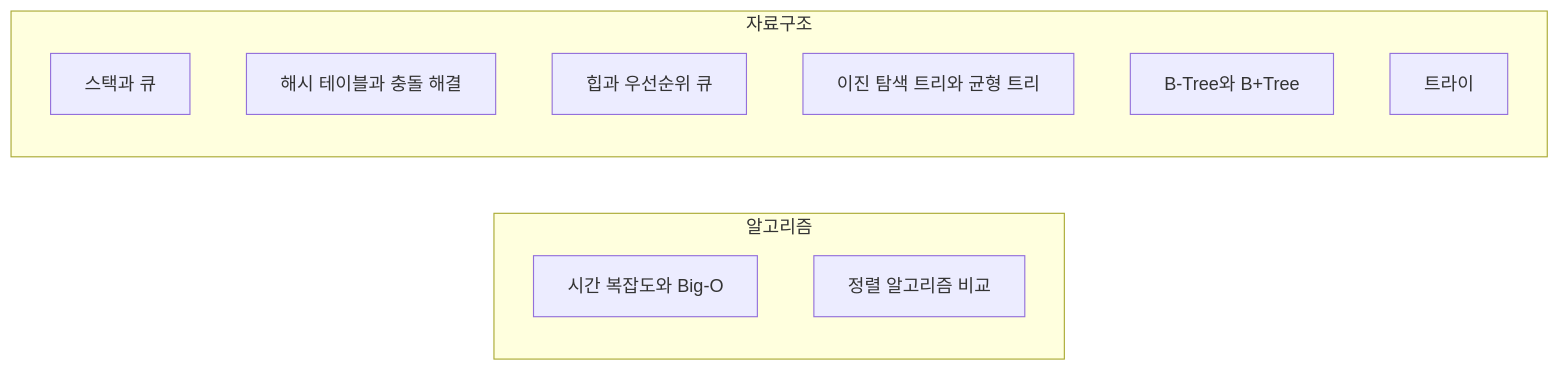
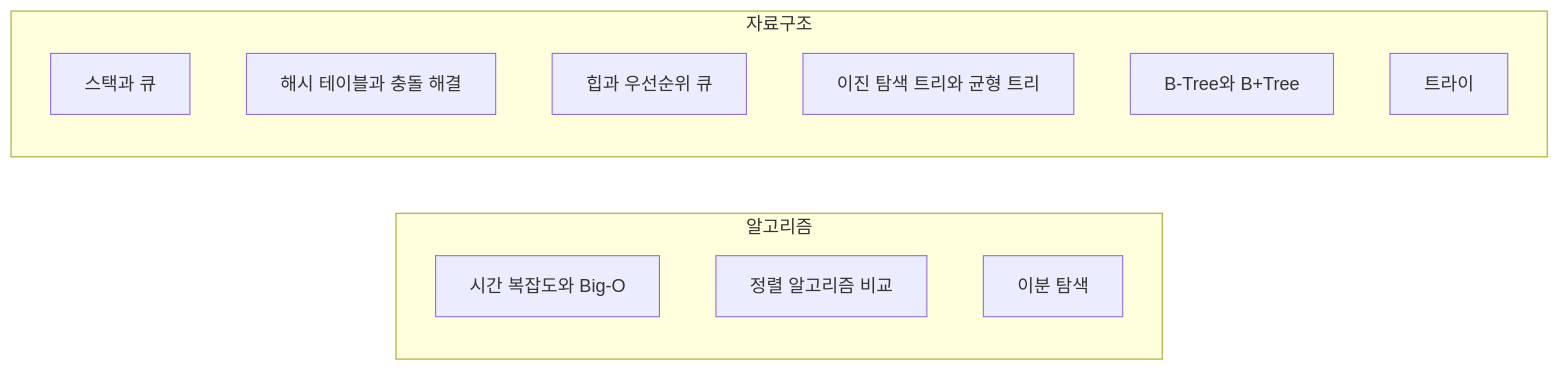
Before and after one commit to Jirunu/TodayToDo: the diagram in concepts.md, drawn with Mermaid. The commit also changed other lines of this file and 8 other files, not shown here.

````diff
--- a/concepts.md
+++ b/concepts.md
@@ -7,15 +7,16 @@
 ```mermaid
 graph LR
   subgraph s0 ["알고리즘"]
     n6["시간 복잡도와 Big-O"]
     n7["정렬 알고리즘 비교"]
+    n8["이분 탐색"]
   end
   subgraph s1 ["자료구조"]
     n0["스택과 큐"]
     n1["해시 테이블과 충돌 해결"]
     n2["힙과 우선순위 큐"]
     n3["이진 탐색 트리와 균형 트리"]
     n4["B-Tree와 B+Tree"]
     n5["트라이"]
   end
 ```
````
